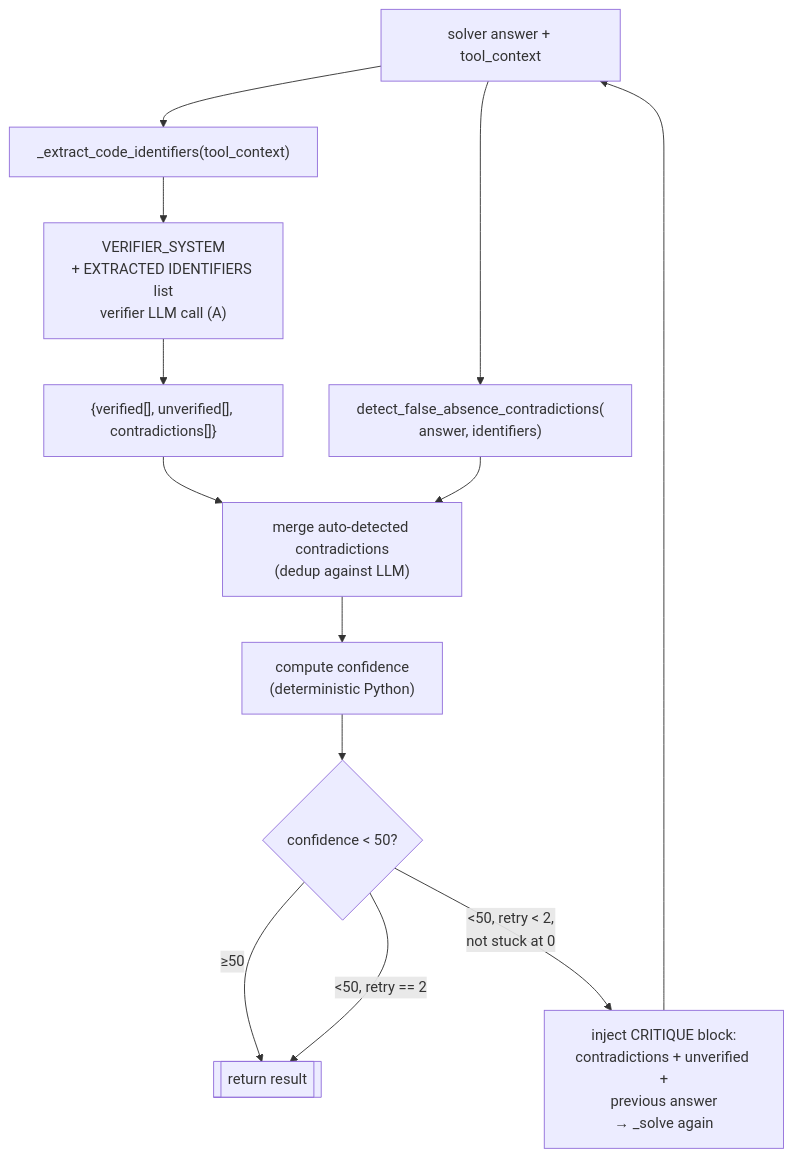
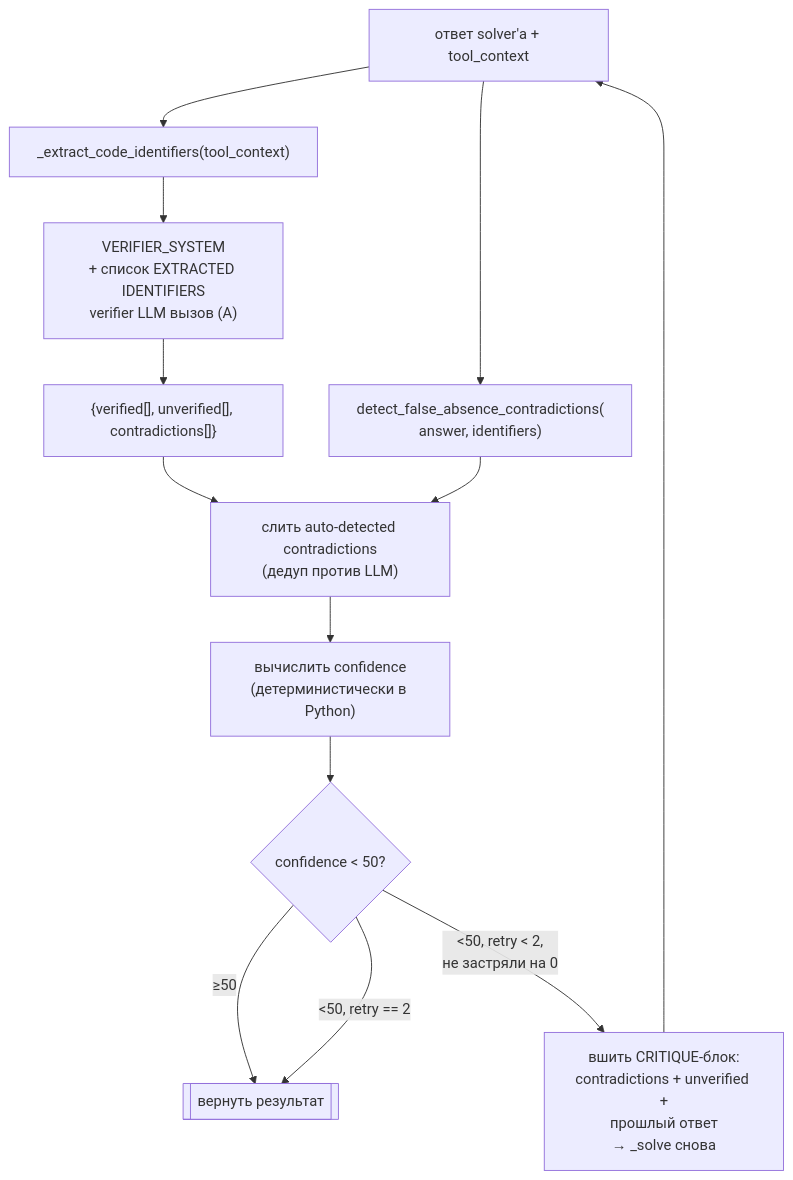
The seventh of 12 diagrams in docs/architecture.md (gjaloyan/hrant), drawn with Mermaid before and after one commit. The commit also changed other lines of this file, not shown here.

First line of the commit message:
docs(architecture): translate to Russian

````diff
--- a/docs/architecture.md
+++ b/docs/architecture.md
@@ -351,20 +352,20 @@
 ```mermaid
 flowchart TD
-    ANS["solver answer + tool_context"]
+    ANS["ответ solver'а + tool_context"]
     EXT["_extract_code_identifiers(tool_context)"]
-    LLM["VERIFIER_SYSTEM<br/>+ EXTRACTED IDENTIFIERS list<br/>verifier LLM call (A)"]
+    LLM["VERIFIER_SYSTEM<br/>+ список EXTRACTED IDENTIFIERS<br/>verifier LLM вызов (A)"]
     LLM_OUT["{verified[], unverified[], contradictions[]}"]
     DET["detect_false_absence_contradictions(<br/>answer, identifiers)"]
-    MERGE["merge auto-detected contradictions<br/>(dedup against LLM)"]
-    CONF["compute confidence<br/>(deterministic Python)"]
+    MERGE["слить auto-detected contradictions<br/>(дедуп против LLM)"]
+    CONF["вычислить confidence<br/>(детерминистически в Python)"]
     CHK{"confidence < 50?"}
-    OK[["return result"]]
-    RETRY["inject CRITIQUE block:<br/>contradictions + unverified +<br/>previous answer<br/>→ _solve again"]
+    OK[["вернуть результат"]]
+    RETRY["вшить CRITIQUE-блок:<br/>contradictions + unverified +<br/>прошлый ответ<br/>→ _solve снова"]
 
     ANS --> EXT --> LLM --> LLM_OUT --> MERGE
     ANS --> DET --> MERGE
     MERGE --> CONF --> CHK
     CHK -->|"≥50"| OK
-    CHK -->|"<50, retry < 2,<br/>not stuck at 0"| RETRY --> ANS
+    CHK -->|"<50, retry < 2,<br/>не застряли на 0"| RETRY --> ANS
     CHK -->|"<50, retry == 2"| OK
 ```
````
